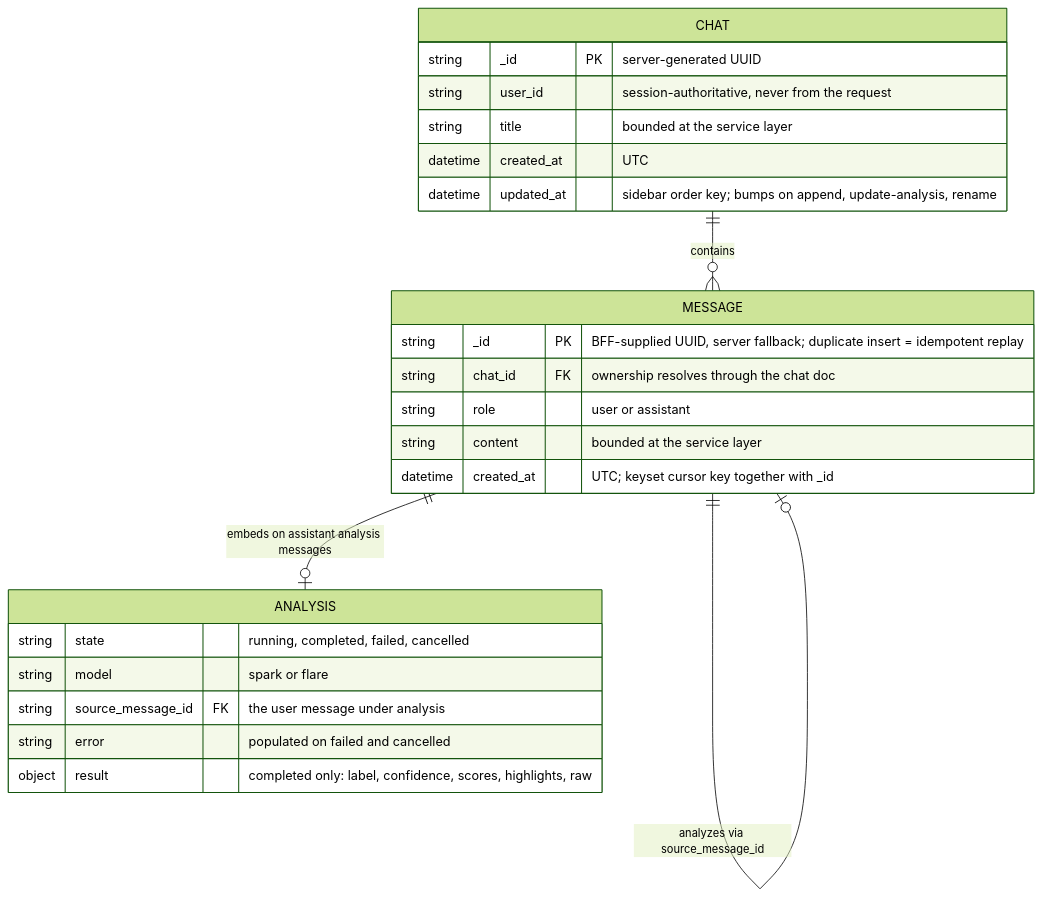
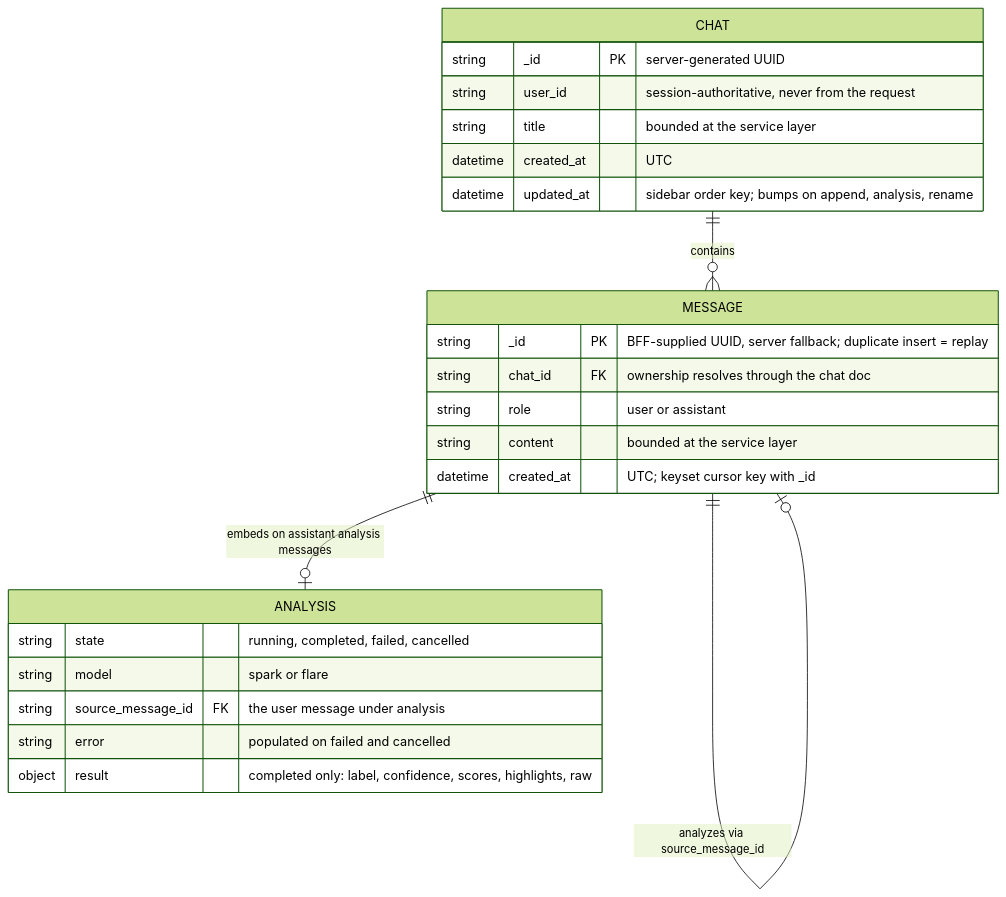
The diagram in services/chats/specification/references/data-model.md (kunalPisolkar24/detectAI), drawn with Mermaid (forest theme) before and after one commit. The commit also changed other lines of this file and 17 other files, not shown here.

````diff
--- a/services/chats/specification/references/data-model.md
+++ b/services/chats/specification/references/data-model.md
@@ -16,30 +14,28 @@
 ```mermaid
 erDiagram
     CHAT ||--o{ MESSAGE : "contains"
     MESSAGE ||--o| ANALYSIS : "embeds on assistant analysis messages"
     MESSAGE ||--o| MESSAGE : "analyzes via source_message_id"
 
     CHAT {
         string _id PK "server-generated UUID"
         string user_id "session-authoritative, never from the request"
         string title "bounded at the service layer"
         datetime created_at "UTC"
-        datetime updated_at "sidebar order key; bumps on append, update-analysis, rename"
+        datetime updated_at "sidebar order key; bumps on append, analysis, rename"
     }
-
     MESSAGE {
-        string _id PK "BFF-supplied UUID, server fallback; duplicate insert = idempotent replay"
+        string _id PK "BFF-supplied UUID, server fallback; duplicate insert = replay"
         string chat_id FK "ownership resolves through the chat doc"
         string role "user or assistant"
         string content "bounded at the service layer"
-        datetime created_at "UTC; keyset cursor key together with _id"
+        datetime created_at "UTC; keyset cursor key with _id"
     }
-
     ANALYSIS {
         string state "running, completed, failed, cancelled"
         string model "spark or flare"
         string source_message_id FK "the user message under analysis"
         string error "populated on failed and cancelled"
         object result "completed only: label, confidence, scores, highlights, raw"
     }
 ```
````
